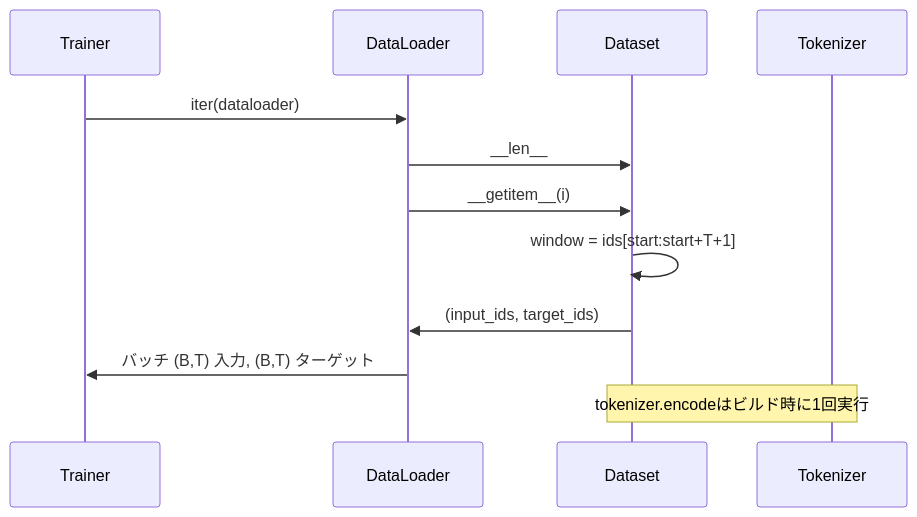
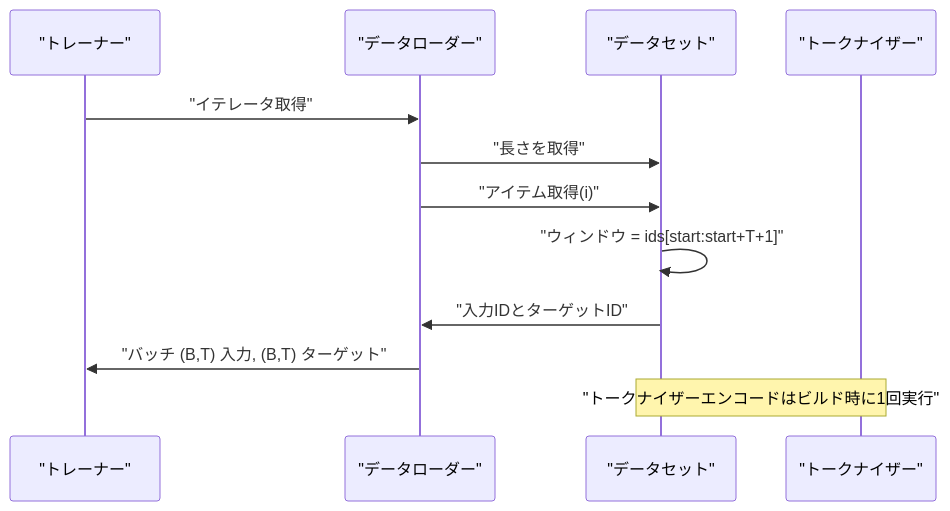
Before and after one commit to shoshoshomen/synapse-academy: the second of 2 diagrams in content/phases/19-capstone-projects/31-tokenized-dataset-sliding-window/lesson.ja.md, drawn with Mermaid. The commit also changed other lines of this file and 124 other files, not shown here.

First line of the commit message:
feat(i18n): mermaid図のラベルを日本語化(194レッスン/374図)

````diff
--- a/content/phases/19-capstone-projects/31-tokenized-dataset-sliding-window/lesson.ja.md
+++ b/content/phases/19-capstone-projects/31-tokenized-dataset-sliding-window/lesson.ja.md
@@ -51,14 +51,14 @@
 ```mermaid
 sequenceDiagram
-    participant Trainer
-    participant DataLoader
-    participant Dataset
-    participant Tokenizer
-    Trainer->>DataLoader: iter(dataloader)
-    DataLoader->>Dataset: __len__
-    DataLoader->>Dataset: __getitem__(i)
-    Dataset->>Dataset: window = ids[start:start+T+1]
-    Dataset->>DataLoader: (input_ids, target_ids)
-    DataLoader->>Trainer: バッチ (B,T) 入力, (B,T) ターゲット
-    Note over Tokenizer,Dataset: tokenizer.encodeはビルド時に1回実行
+    participant Trainer as "トレーナー"
+    participant DataLoader as "データローダー"
+    participant Dataset as "データセット"
+    participant Tokenizer as "トークナイザー"
+    Trainer->>DataLoader: "イテレータ取得"
+    DataLoader->>Dataset: "長さを取得"
+    DataLoader->>Dataset: "アイテム取得(i)"
+    Dataset->>Dataset: "ウィンドウ = ids[start:start+T+1]"
+    Dataset->>DataLoader: "入力IDとターゲットID"
+    DataLoader->>Trainer: "バッチ (B,T) 入力, (B,T) ターゲット"
+    Note over Tokenizer,Dataset: "トークナイザーエンコードはビルド時に1回実行"
 ```
````
